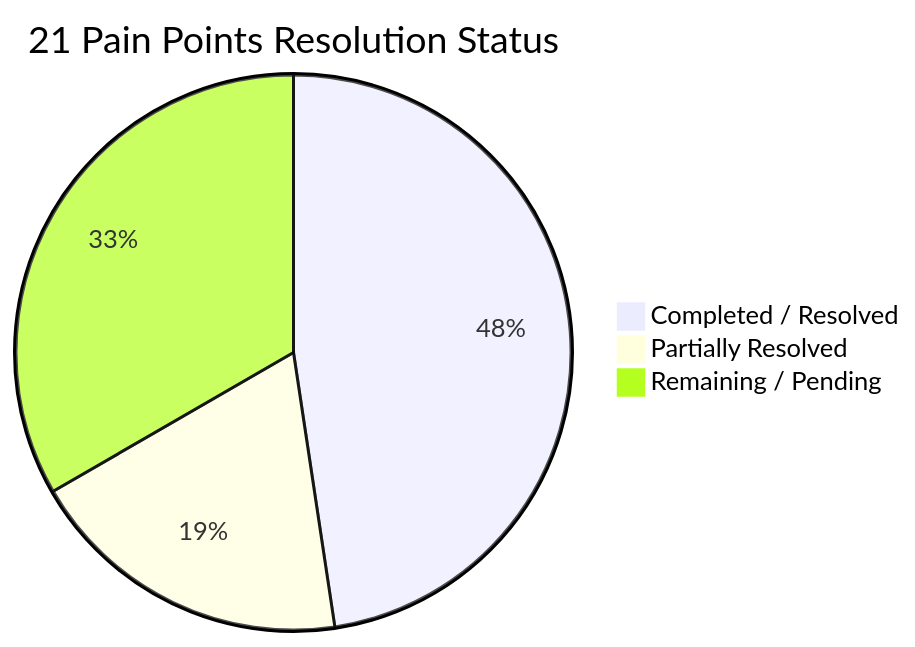
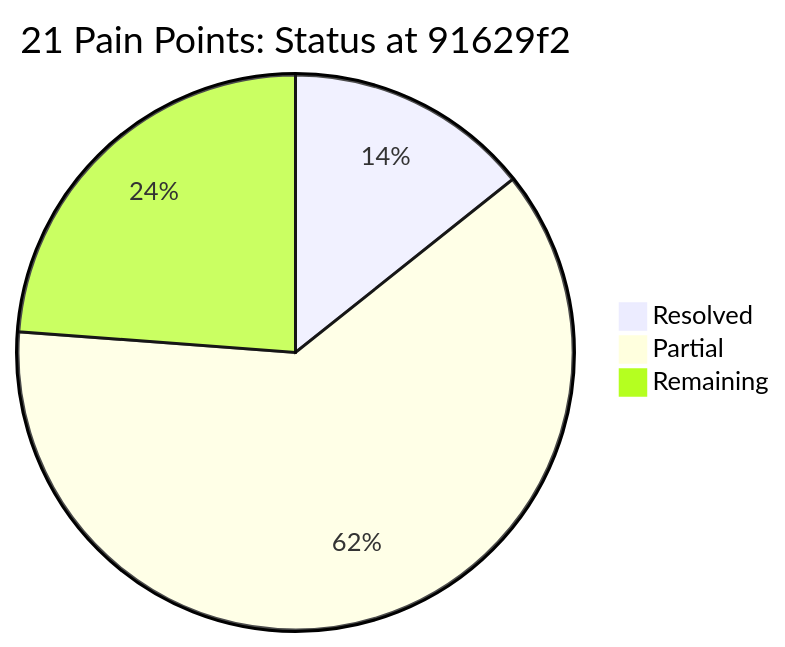
The first of 2 diagrams in BUILD_AND_PROJECT_SETUP_PLAN.md (mnyando/Transport-App), drawn with Mermaid before and after one commit. The commit also changed other lines of this file, not shown here.

Commit message:
docs: deep re-audit of all 21 pain points against commit 91629f2

````diff
--- a/BUILD_AND_PROJECT_SETUP_PLAN.md
+++ b/BUILD_AND_PROJECT_SETUP_PLAN.md
@@ -17,6 +41,6 @@
 ```mermaid
-pie title 21 Pain Points Resolution Status
-    "Completed / Resolved" : 10
-    "Partially Resolved" : 4
-    "Remaining / Pending" : 7
+pie title 21 Pain Points: Status at 91629f2
+    "Resolved" : 3
+    "Partial" : 13
+    "Remaining" : 5
 ```
````
